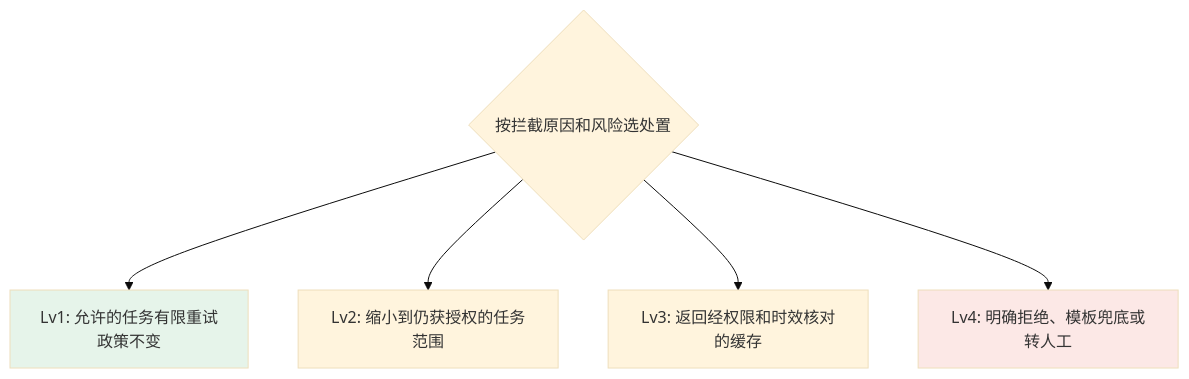
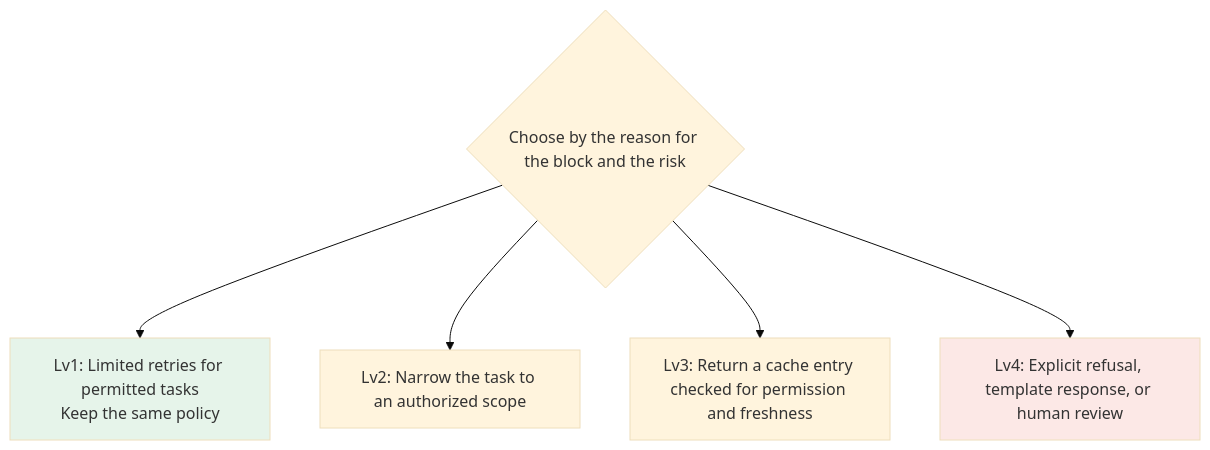
One commit to oneleaveknowsthefall/awesome-ai-roadmap changed the second of 2 diagrams in docs/engineering/03-output-safety/06-guardrails-degradation.md. Above: the diagram before and after it, drawn with Mermaid (base theme). The commit also changed other lines of this file and 82 other files, not shown here.

````diff
--- a/docs/engineering/03-output-safety/06-guardrails-degradation.md
+++ b/docs/engineering/03-output-safety/06-guardrails-degradation.md
@@ -62,10 +62,10 @@
 ```mermaid
 flowchart TB
-    CAUSE{"按拦截原因和风险选处置"} --> L1["Lv1: 允许的任务有限重试<br/>政策不变"]
-    CAUSE --> L2["Lv2: 缩小到仍获授权的任务范围"]
-    CAUSE --> L3["Lv3: 返回经权限和时效核对的缓存"]
-    CAUSE --> L4["Lv4: 明确拒绝、模板兜底或转人工"]
+    CAUSE{"Choose by the reason for the block and the risk"} --> L1["Lv1: Limited retries for permitted tasks<br/>Keep the same policy"]
+    CAUSE --> L2["Lv2: Narrow the task to an authorized scope"]
+    CAUSE --> L3["Lv3: Return a cache entry checked for permission and freshness"]
+    CAUSE --> L4["Lv4: Explicit refusal, template response, or human review"]
 
     style L1 fill:#e6f4ea
     style L4 fill:#fce8e6
 ```
````
